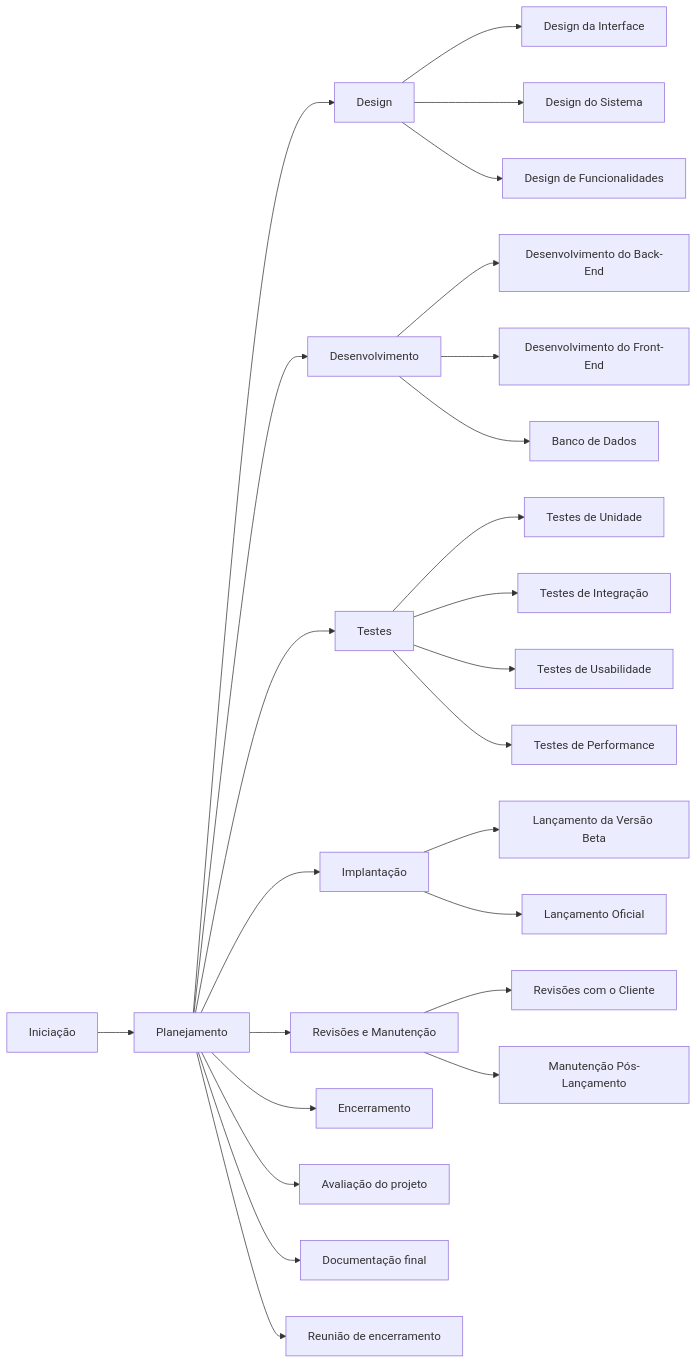
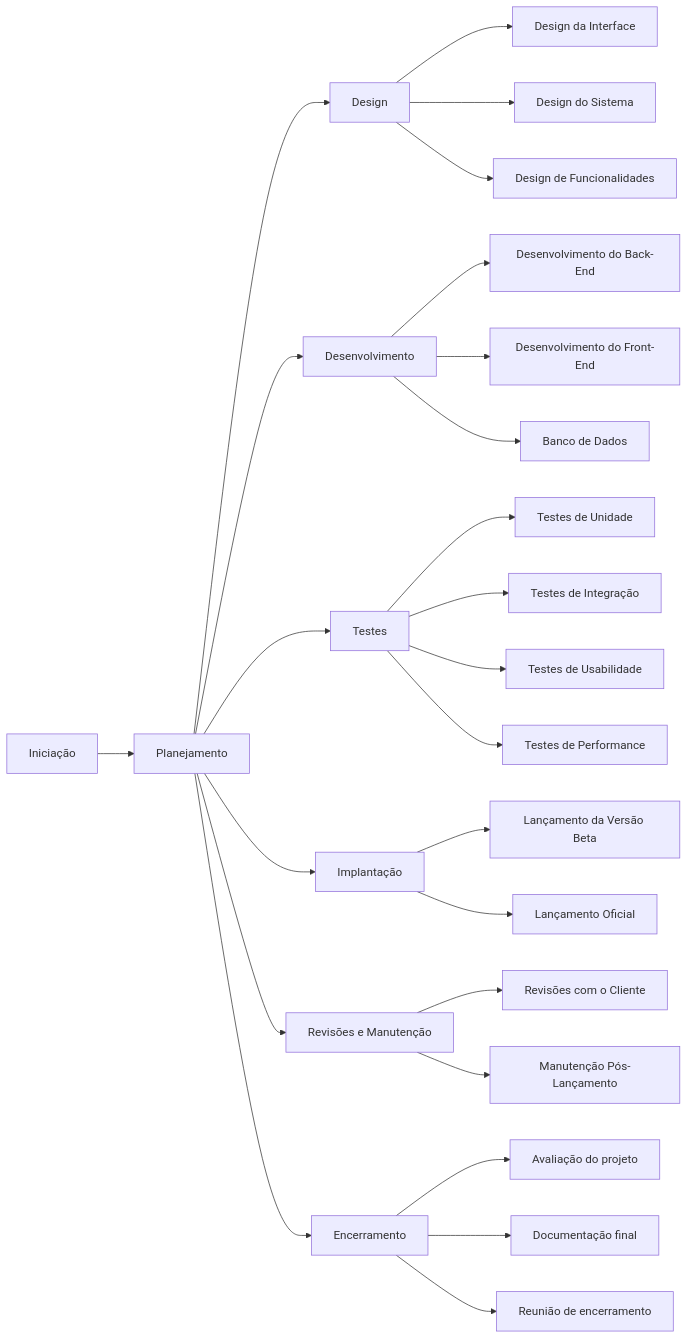
One commit to genesluna/ads-cesmac changed the second of 2 diagrams in project-management/README.md. Above: the diagram before and after it, drawn with Mermaid.

````diff
--- a/project-management/README.md
+++ b/project-management/README.md
@@ -386,27 +386,27 @@
 ```mermaid
 graph LR
     A[Iniciação] --> B[Planejamento]
     B --> C[Design]
     C --> C1[Design da Interface]
     C --> C2[Design do Sistema]
     C --> C3[Design de Funcionalidades]
     B --> D[Desenvolvimento]
     D --> D1[Desenvolvimento do Back-End]
     D --> D2[Desenvolvimento do Front-End]
     D --> D3[Banco de Dados]
     B --> E[Testes]
     E --> E1[Testes de Unidade]
     E --> E2[Testes de Integração]
     E --> E3[Testes de Usabilidade]
     E --> E4[Testes de Performance]
     B --> F[Implantação]
     F --> F1[Lançamento da Versão Beta]
     F --> F2[Lançamento Oficial]
     B --> G[Revisões e Manutenção]
     G --> G1[Revisões com o Cliente]
     G --> G2[Manutenção Pós-Lançamento]
     B --> H[Encerramento]
-    B --> H1[Avaliação do projeto]
-    B --> H2[Documentação final]
-    B --> H3[Reunião de encerramento]
+    H --> H1[Avaliação do projeto]
+    H --> H2[Documentação final]
+    H --> H3[Reunião de encerramento]
 ```
````
